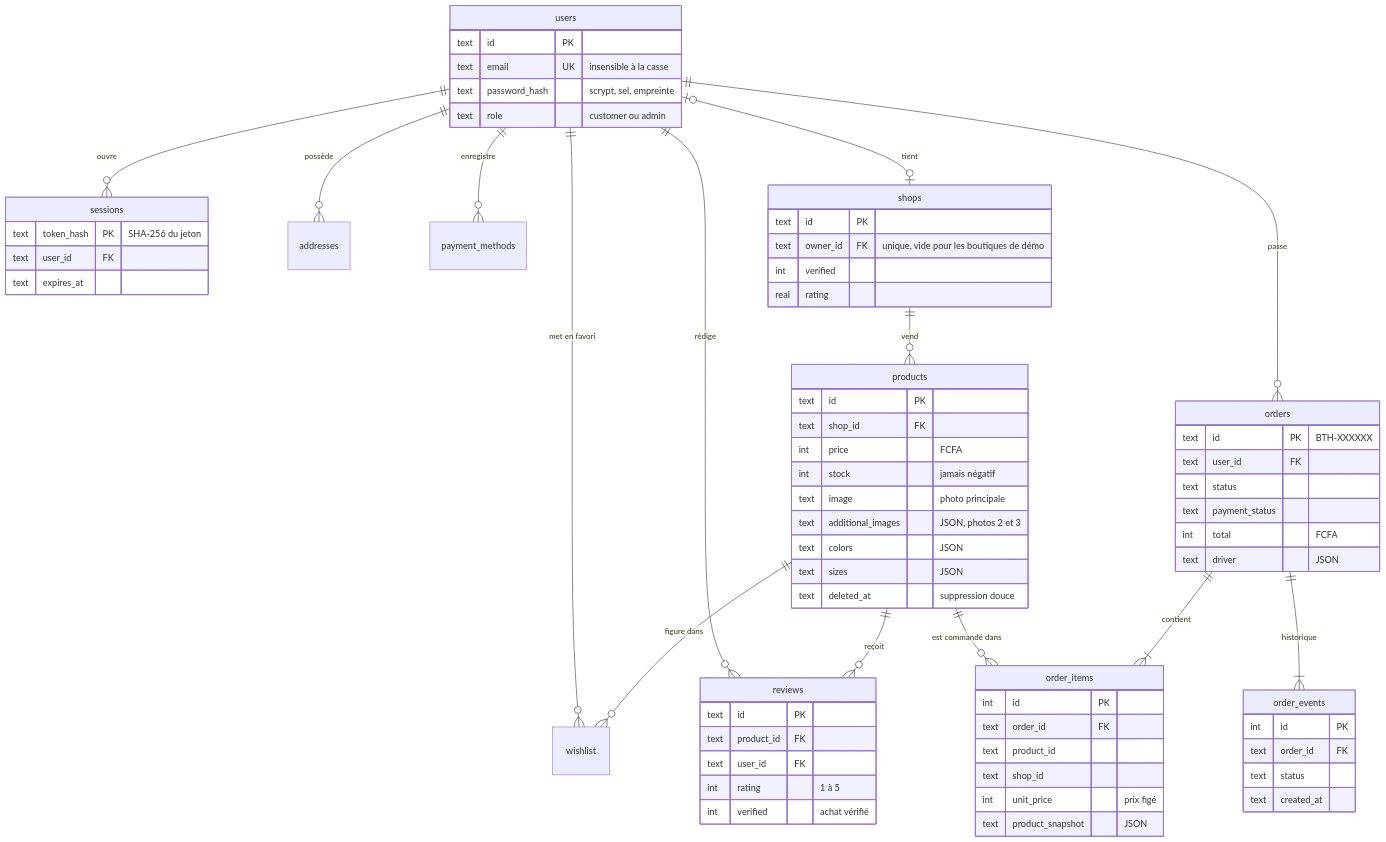
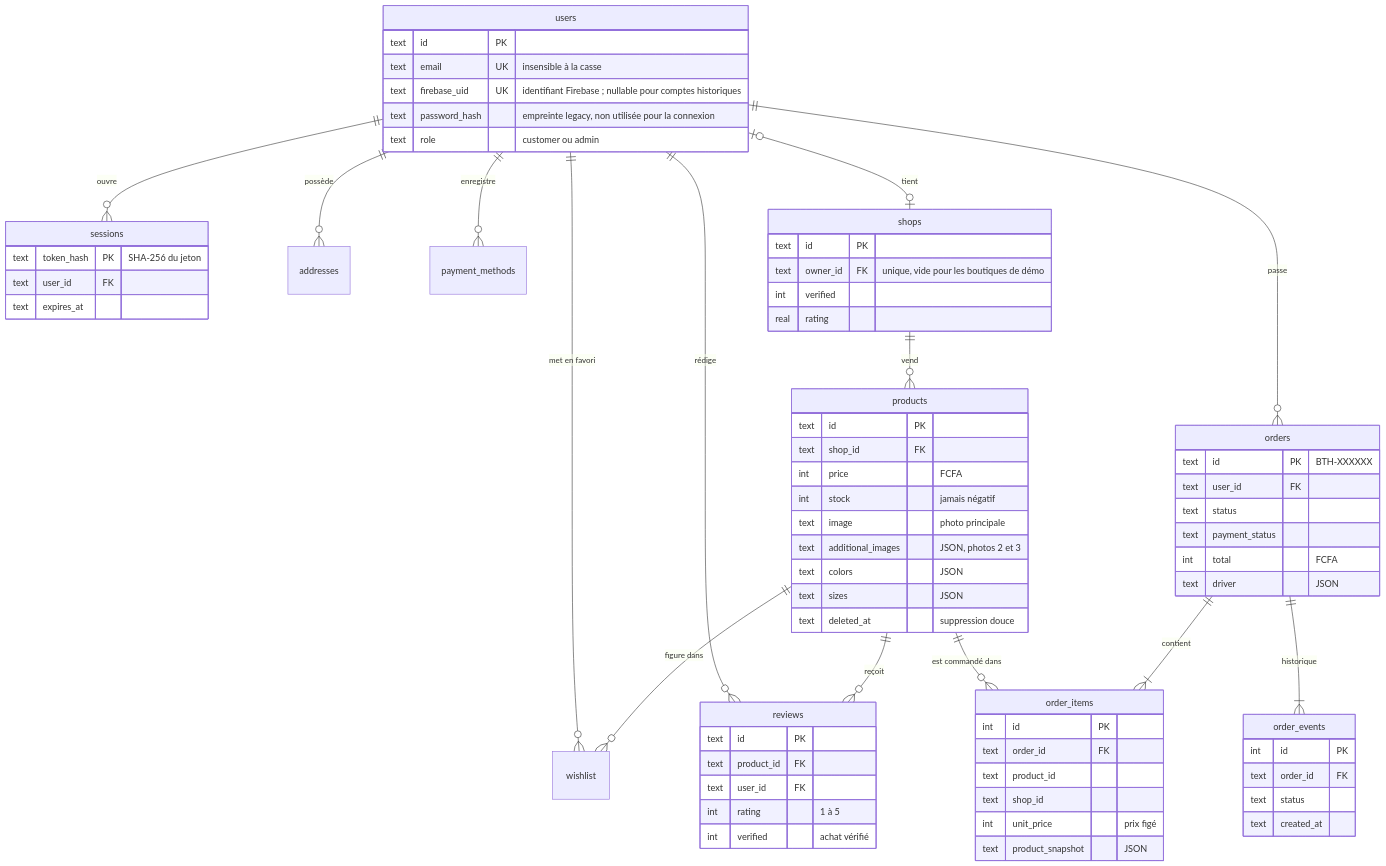
One commit to akeconstant8-tech/Bethanie changed the seventh of 12 diagrams in docs/ARCHITECTURE.md. Above: the diagram before and after it, drawn with Mermaid. The commit also changed other lines of this file and 20 other files, not shown here.

````diff
--- a/docs/ARCHITECTURE.md
+++ b/docs/ARCHITECTURE.md
@@ -521,74 +526,75 @@
 ```mermaid
 erDiagram
   users ||--o{ sessions : "ouvre"
   users ||--o{ addresses : "possède"
   users ||--o{ payment_methods : "enregistre"
   users |o--o| shops : "tient"
   users ||--o{ wishlist : "met en favori"
   users ||--o{ orders : "passe"
   users ||--o{ reviews : "rédige"
   shops ||--o{ products : "vend"
   products ||--o{ wishlist : "figure dans"
   products ||--o{ reviews : "reçoit"
   products ||--o{ order_items : "est commandé dans"
   orders ||--|{ order_items : "contient"
   orders ||--|{ order_events : "historique"
 
   users {
     text id PK
     text email UK "insensible à la casse"
-    text password_hash "scrypt, sel, empreinte"
+    text firebase_uid UK "identifiant Firebase ; nullable pour comptes historiques"
+    text password_hash "empreinte legacy, non utilisée pour la connexion"
     text role "customer ou admin"
   }
   sessions {
     text token_hash PK "SHA-256 du jeton"
     text user_id FK
     text expires_at
   }
   shops {
     text id PK
     text owner_id FK "unique, vide pour les boutiques de démo"
     int verified
     real rating
   }
   products {
     text id PK
     text shop_id FK
     int price "FCFA"
     int stock "jamais négatif"
     text image "photo principale"
     text additional_images "JSON, photos 2 et 3"
     text colors "JSON"
     text sizes "JSON"
     text deleted_at "suppression douce"
   }
   orders {
     text id PK "BTH-XXXXXX"
     text user_id FK
     text status
     text payment_status
     int total "FCFA"
     text driver "JSON"
   }
   order_items {
     int id PK
     text order_id FK
     text product_id
     text shop_id
     int unit_price "prix figé"
     text product_snapshot "JSON"
   }
   order_events {
     int id PK
     text order_id FK
     text status
     text created_at
   }
   reviews {
     text id PK
     text product_id FK
     text user_id FK
     int rating "1 à 5"
     int verified "achat vérifié"
   }
 ```
````
